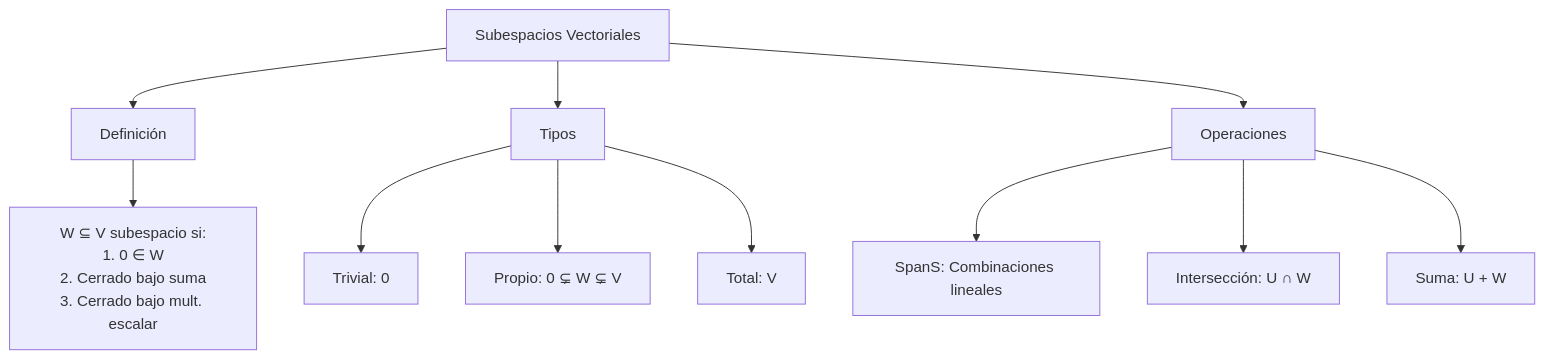
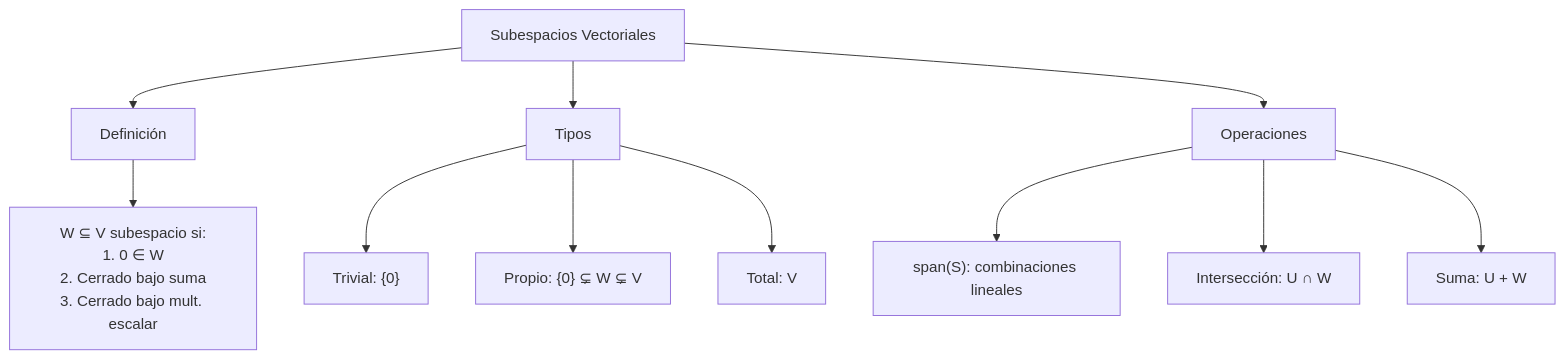
Before and after one commit to djaimej/computer-science-template: the second of 3 diagrams in public/documents/semester-3/1/3113.md, drawn with Mermaid. The commit also changed other lines of this file and 34 other files, not shown here.

````diff
--- a/public/documents/semester-3/1/3113.md
+++ b/public/documents/semester-3/1/3113.md
@@ -481,19 +243,19 @@
 ```mermaid
 graph TD
     A[Subespacios Vectoriales] --> B[Definición]
     A --> C[Tipos]
     A --> D[Operaciones]
 
     B --> E[W ⊆ V subespacio si:<br>1. 0 ∈ W<br>2. Cerrado bajo suma<br>3. Cerrado bajo mult. escalar]
 
-    C --> F[Trivial: 0]
-    C --> G[Propio: 0 ⊊ W ⊊ V]
+    C --> F["Trivial: {0}"]
+    C --> G["Propio: {0} ⊊ W ⊊ V"]
     C --> H[Total: V]
 
-    D --> I[SpanS: Combinaciones lineales]
+    D --> I["span(S): combinaciones lineales"]
     D --> J[Intersección: U ∩ W]
     D --> K[Suma: U + W]
 
     E:::dandelion
     I:::green
 ```
````
